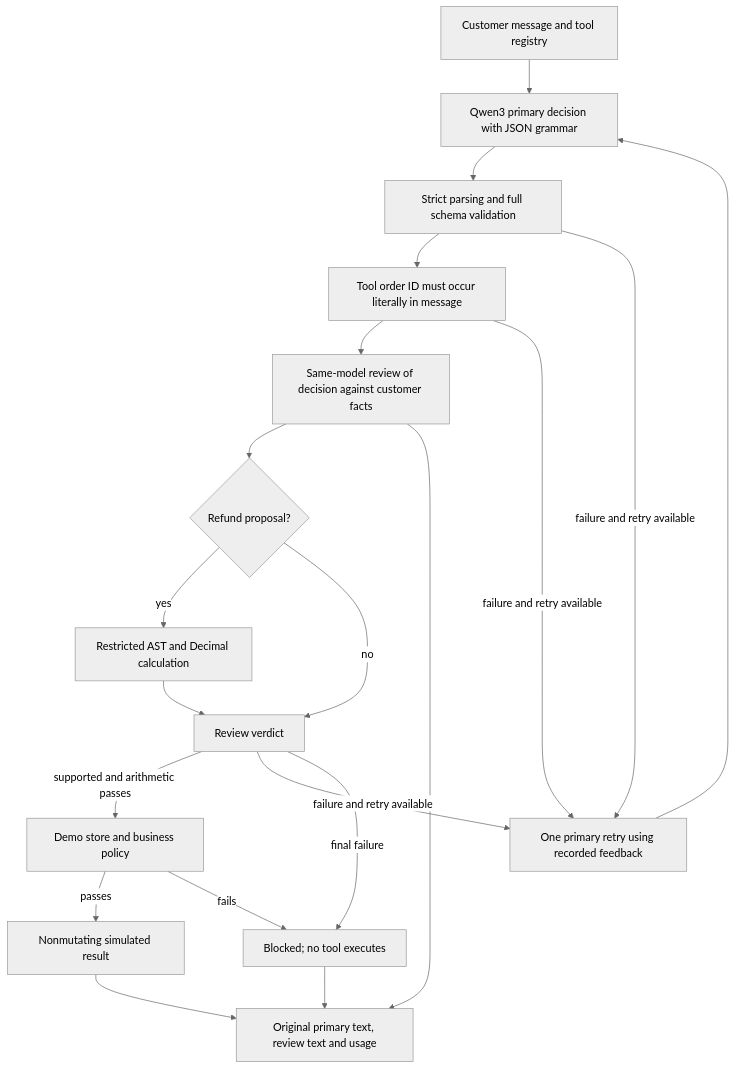
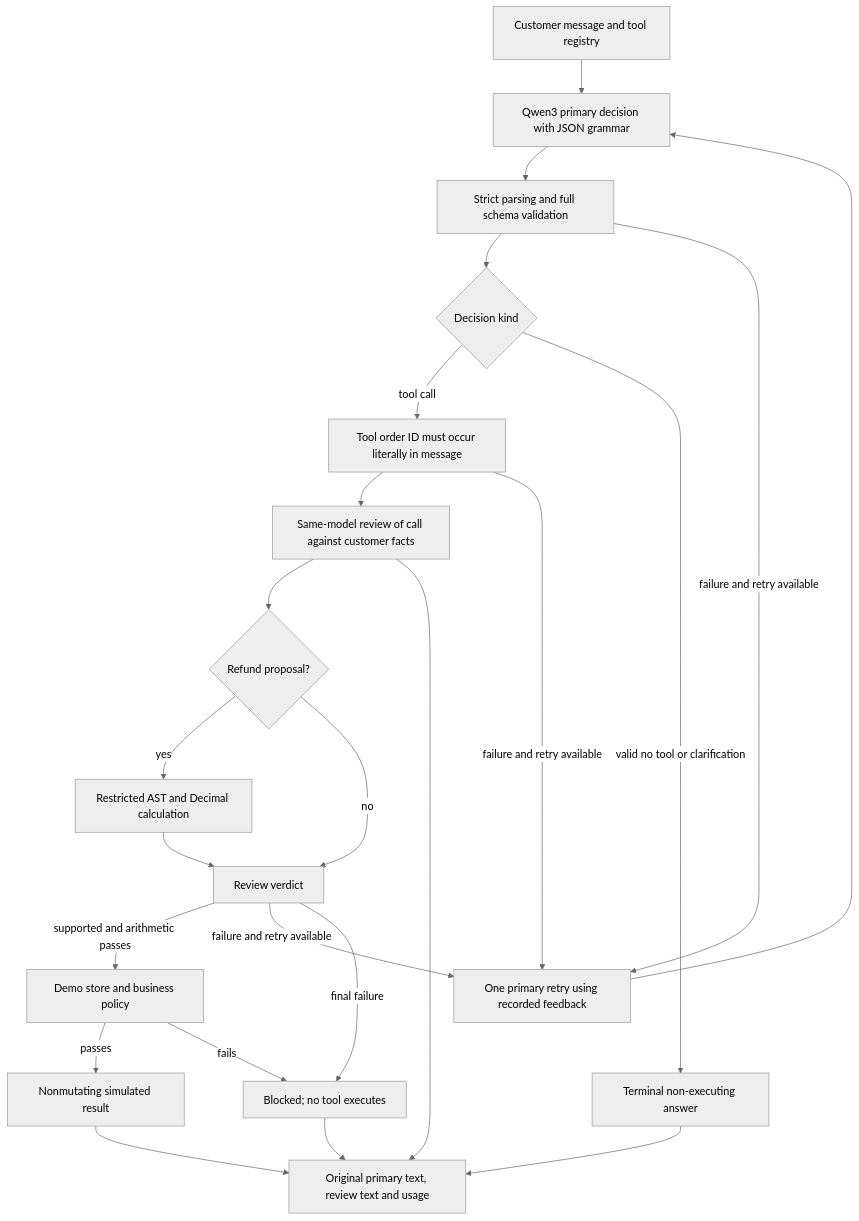
One commit to manjunadhgude/TuneBench changed the diagram in docs/architecture.md. Above: the diagram before and after it, drawn with Mermaid (neutral theme). The commit also changed other lines of this file and 28 other files, not shown here.

Commit message:
Document and verify focused terminal-decision reliability fix

````diff
--- a/docs/architecture.md
+++ b/docs/architecture.md
@@ -8,22 +8,25 @@
 ```mermaid
 flowchart TD
     Request[Customer message and tool registry] --> Primary[Qwen3 primary decision with JSON grammar]
     Primary --> Contract[Strict parsing and full schema validation]
-    Contract --> Literal[Tool order ID must occur literally in message]
-    Literal --> Review[Same-model review of decision against customer facts]
+    Contract --> Kind{Decision kind}
+    Kind -->|tool call| Literal[Tool order ID must occur literally in message]
+    Literal --> Review[Same-model review of call against customer facts]
+    Kind -->|valid no tool or clarification| Terminal[Terminal non-executing answer]
+    Terminal --> Trace
     Review --> Amount{Refund proposal?}
     Amount -->|yes| Calc[Restricted AST and Decimal calculation]
     Amount -->|no| Verdict[Review verdict]
     Calc --> Verdict
     Verdict -->|supported and arithmetic passes| Policy[Demo store and business policy]
     Verdict -->|failure and retry available| Retry[One primary retry using recorded feedback]
     Contract -->|failure and retry available| Retry
     Literal -->|failure and retry available| Retry
     Retry --> Primary
     Verdict -->|final failure| Block[Blocked; no tool executes]
     Policy -->|passes| Mock[Nonmutating simulated result]
     Policy -->|fails| Block
     Review --> Trace[Original primary text, review text and usage]
     Mock --> Trace
     Block --> Trace
 ```
````
